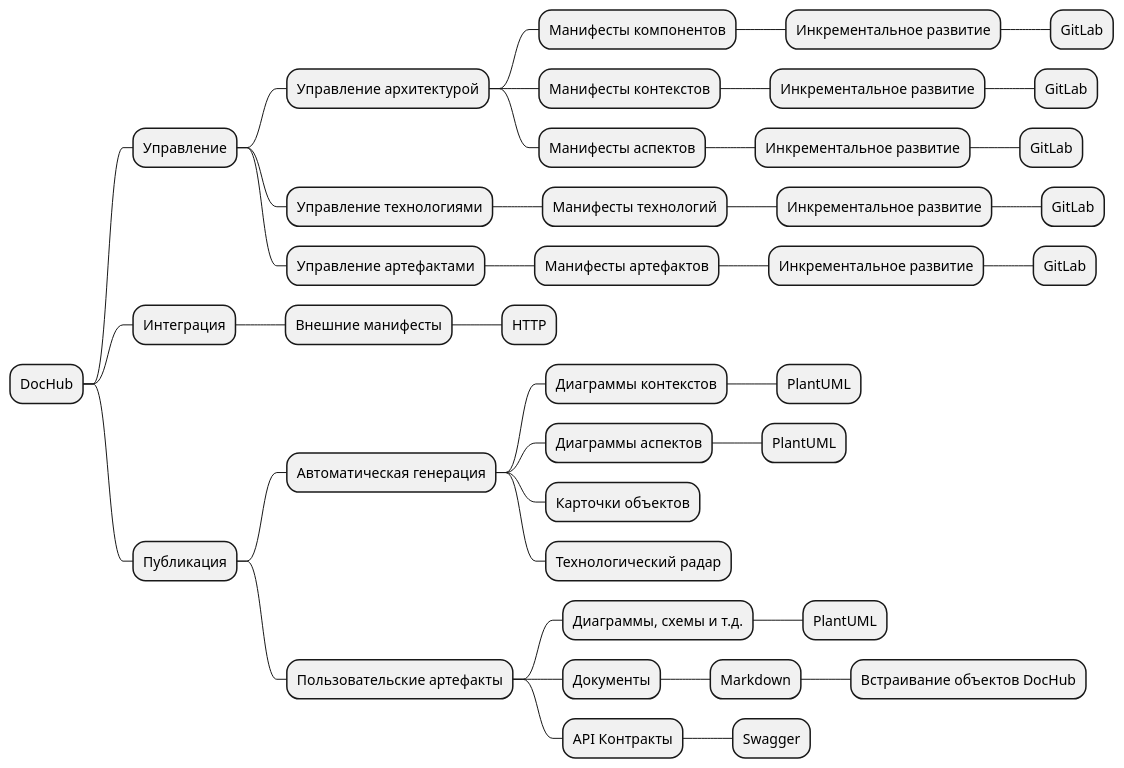
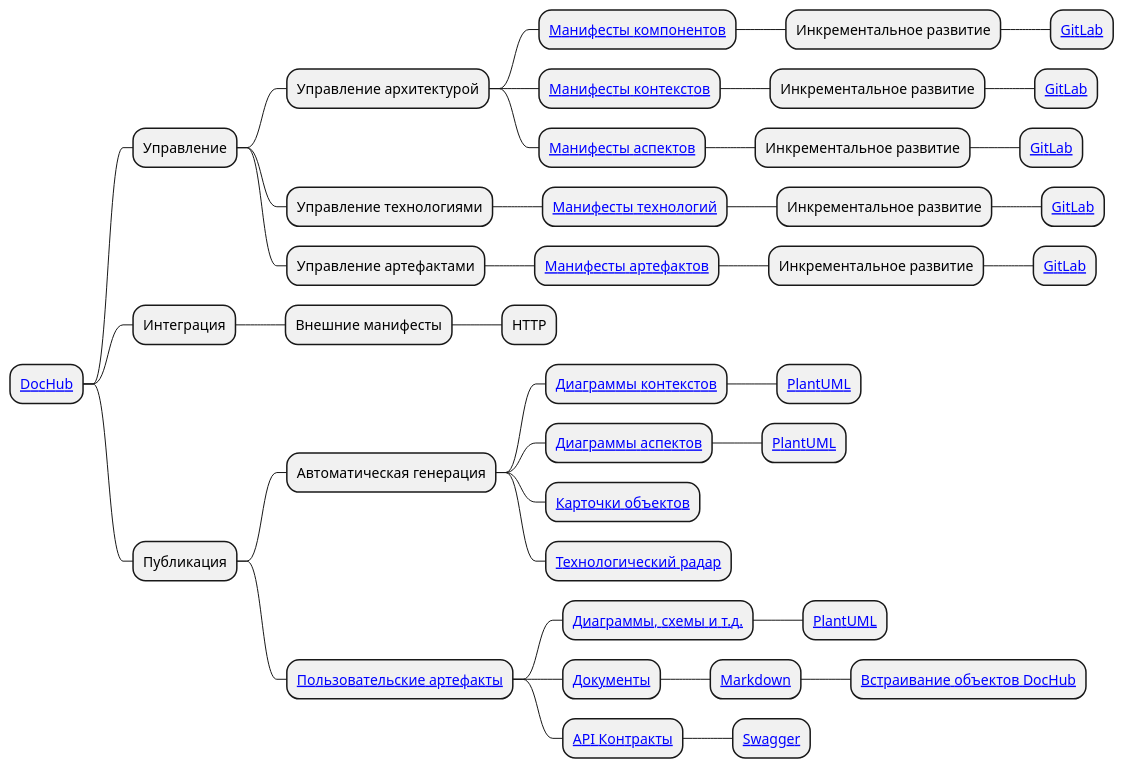
The diagram in public/docs/conception/mindmap.puml (ypolosov/DocHub), drawn with PlantUML before and after one commit. The commit also changed 4 other files, not shown here.

Commit message:
Переработаны встраивание DocHub объектов

```diff
--- a/public/docs/conception/mindmap.puml
+++ b/public/docs/conception/mindmap.puml
@@ -1,41 +1,41 @@
 @startmindmap
-* DocHub
+* [[https://github.com/RabotaRu/DocHub DocHub]]
 ** Управление
 *** Управление архитектурой
-**** Манифесты компонентов
+**** [[/docs/dochub_components Манифесты компонентов]]
 ***** Инкрементальное развитие
-****** GitLab
-**** Манифесты контекстов
+****** [[https://about.gitlab.com/ GitLab]]
+**** [[/docs/dochub_contexts Манифесты контекстов]]
 ***** Инкрементальное развитие
-****** GitLab
-**** Манифесты аспектов
+****** [[https://about.gitlab.com/ GitLab]]
+**** [[/docs/dochub_aspects Манифесты аспектов]]
 ***** Инкрементальное развитие
-****** GitLab
+****** [[https://about.gitlab.com/ GitLab]]
 *** Управление технологиями
-**** Манифесты технологий
+**** [[/docs/dochub_technologies Манифесты технологий]]
 ***** Инкрементальное развитие
-****** GitLab
+****** [[https://about.gitlab.com/ GitLab]]
 *** Управление артефактами
-**** Манифесты артефактов
+**** [[/docs/dochub_docs Манифесты артефактов]]
 ***** Инкрементальное развитие
-****** GitLab
+****** [[https://about.gitlab.com/ GitLab]]
 ** Интеграция
 *** Внешние манифесты
 **** HTTP
 ** Публикация
 *** Автоматическая генерация
-**** Диаграммы контекстов
-***** PlantUML
-**** Диаграммы аспектов
-***** PlantUML
-**** Карточки объектов
-**** Технологический радар
-*** Пользовательские артефакты
-**** Диаграммы, схемы и т.д.
-***** PlantUML
-**** Документы
-***** Markdown
-****** Встраивание объектов DocHub
-**** API Контракты
-***** Swagger
+**** [[/docs/dochub_contexts Диаграммы контекстов]]
+***** [[https://plantuml.com/ PlantUML]]
+**** [[/docs/dochub_aspects Диаграммы аспектов]]
+***** [[https://plantuml.com/ PlantUML]]
+**** [[/docs/dochub_forms Карточки объектов]]
+**** [[/docs/dochub_radar Технологический радар]]
+*** [[/docs/dochub_docs Пользовательские артефакты]]
+**** [[/docs/dochub_docs#plantuml Диаграммы, схемы и т.д.]]
+***** [[https://plantuml.com/ PlantUML]]
+**** [[/docs/dochub_docs#markdown Документы]]
+***** [[https://ru.wikipedia.org/wiki/Markdown Markdown]]
+****** [[/docs/dochub_docs#markdown Встраивание объектов DocHub]]
+**** [[/docs/dochub_docs#swagger API Контракты]]
+***** [[https://swagger.io/ Swagger]]
 @endmindmap
```
